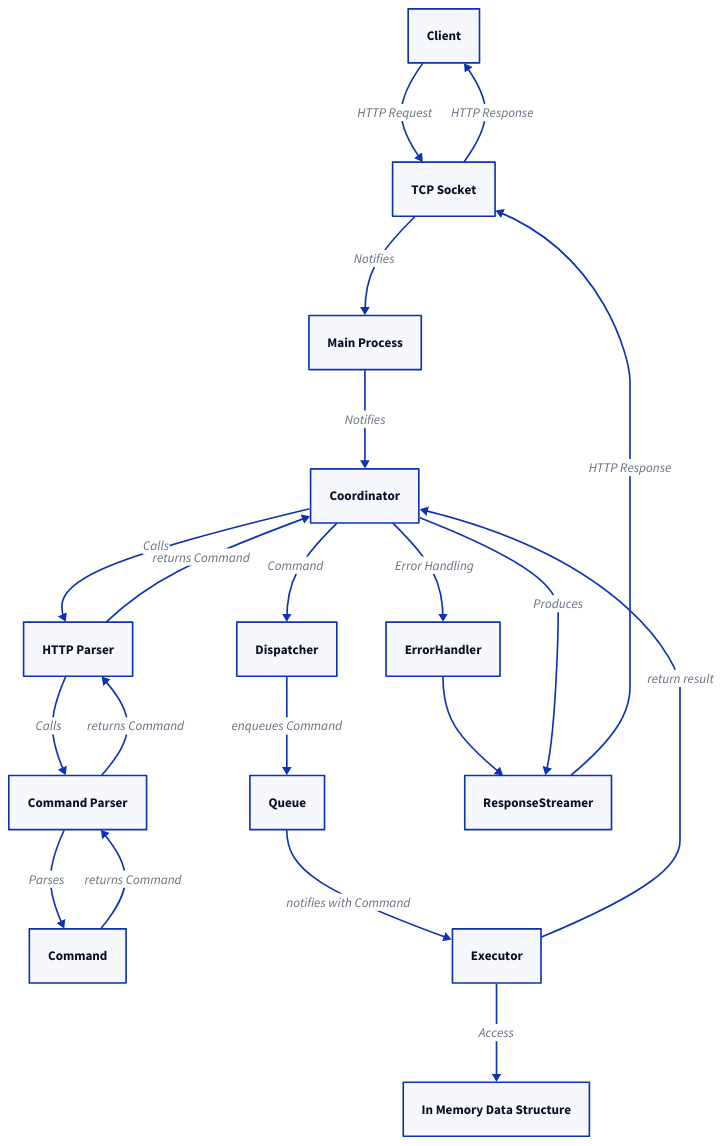
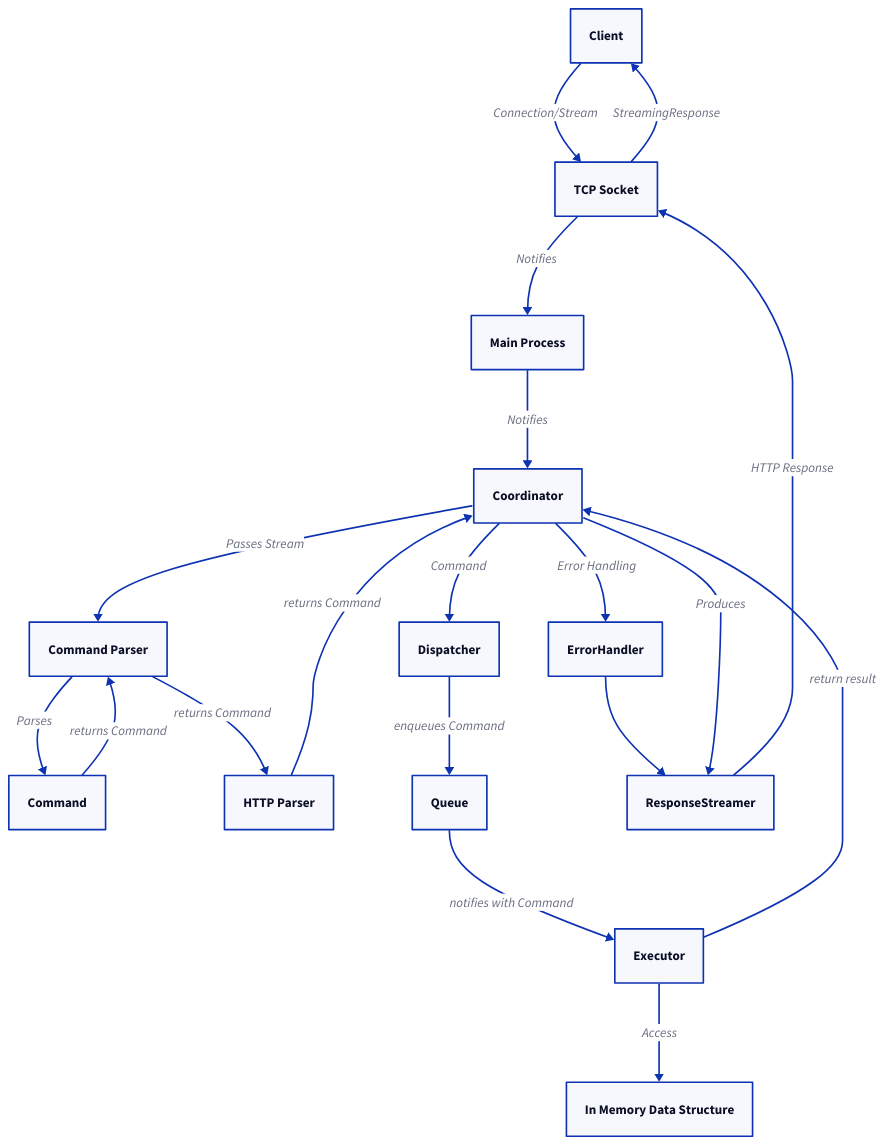
One commit to paolorechia/mini-redis changed the diagram in docs/diagrams/component_design.d2. Above: the diagram before and after it, drawn with D2. The commit also changed 4 other files, not shown here.

Commit message:
Changes architecture to TCP stream, defines dead simple serialization protocol

```diff
--- a/docs/diagrams/component_design.d2
+++ b/docs/diagrams/component_design.d2
@@ -1,20 +1,20 @@
-Client -> TCP Socket: HTTP Request
-Coordinator -> HTTP Parser -> Command Parser: Calls
+Client -> TCP Socket: Connection/Stream
+Coordinator -> Command Parser: Passes Stream
 Command Parser -> Command: Parses
 
 
-TCP Socket --> Client: HTTP Response
+TCP Socket --> Client: StreamingResponse
 TCP Socket --> Main Process: Notifies
 Main Process -> Coordinator: Notifies
 
 Command -> Command Parser -> HTTP Parser -> Coordinator: returns Command
 Coordinator --> Dispatcher: Command 
 Dispatcher --> Queue: enqueues Command
 Queue --> Executor: notifies with Command
 Executor --> In Memory Data Structure: Access
 Executor --> Coordinator: return result
 
 Coordinator -> ErrorHandler: Error Handling
 ErrorHandler -> ResponseStreamer
 Coordinator -> ResponseStreamer: Produces
 ResponseStreamer -> TCP Socket: HTTP Response
```
